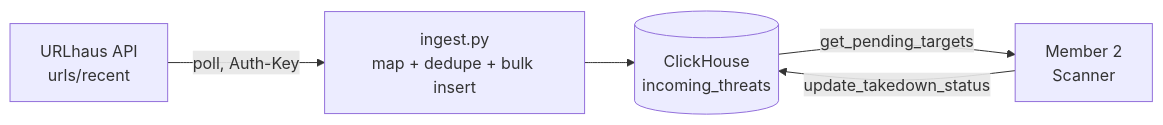
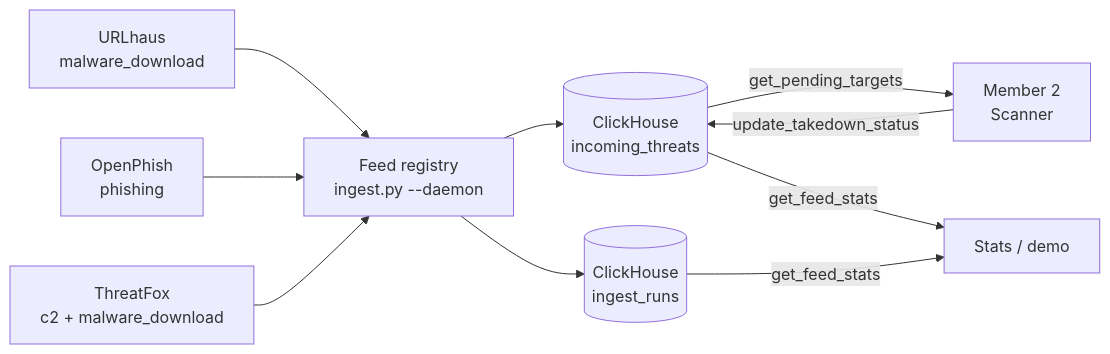
Before and after one commit to nayeonshin/cyberdefense-hackathon: the diagram in MEMBER1_PRESENTATION.md, drawn with Mermaid. The commit also changed other lines of this file, not shown here.

Commit message:
docs: update Member 1 presentation for multi-feed daemon and judging criteria

````diff
--- a/MEMBER1_PRESENTATION.md
+++ b/MEMBER1_PRESENTATION.md
@@ -23,7 +40,12 @@
 ```mermaid
 flowchart LR
-    A[URLhaus API<br/>urls/recent] -->|poll, Auth-Key| B[ingest.py<br/>map + dedupe + bulk insert]
-    B --> C[(ClickHouse<br/>incoming_threats)]
-    C -->|get_pending_targets| D[Member 2<br/>Scanner]
-    D -->|update_takedown_status| C
+    U[URLhaus<br/>malware_download] --> R
+    O[OpenPhish<br/>phishing] --> R
+    T[ThreatFox<br/>c2 + malware_download] --> R
+    R[Feed registry<br/>ingest.py --daemon] --> C[(ClickHouse<br/>incoming_threats)]
+    R --> L[(ClickHouse<br/>ingest_runs)]
+    C -->|get_pending_targets| M[Member 2<br/>Scanner]
+    C -->|get_feed_stats| S[Stats / demo]
+    L -->|get_feed_stats| S
+    M -->|update_takedown_status| C
 ```
````
